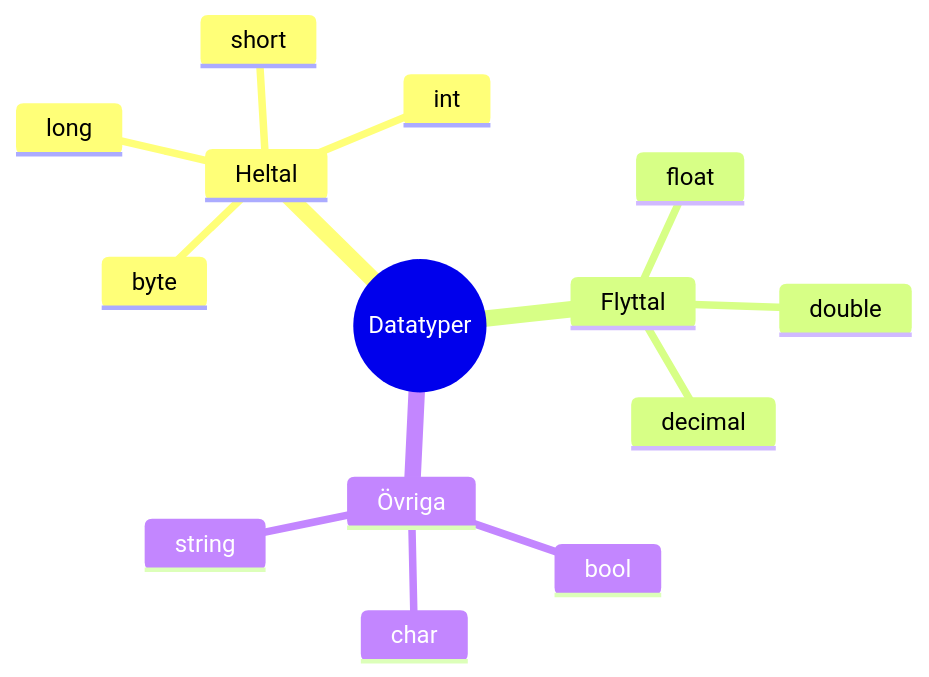
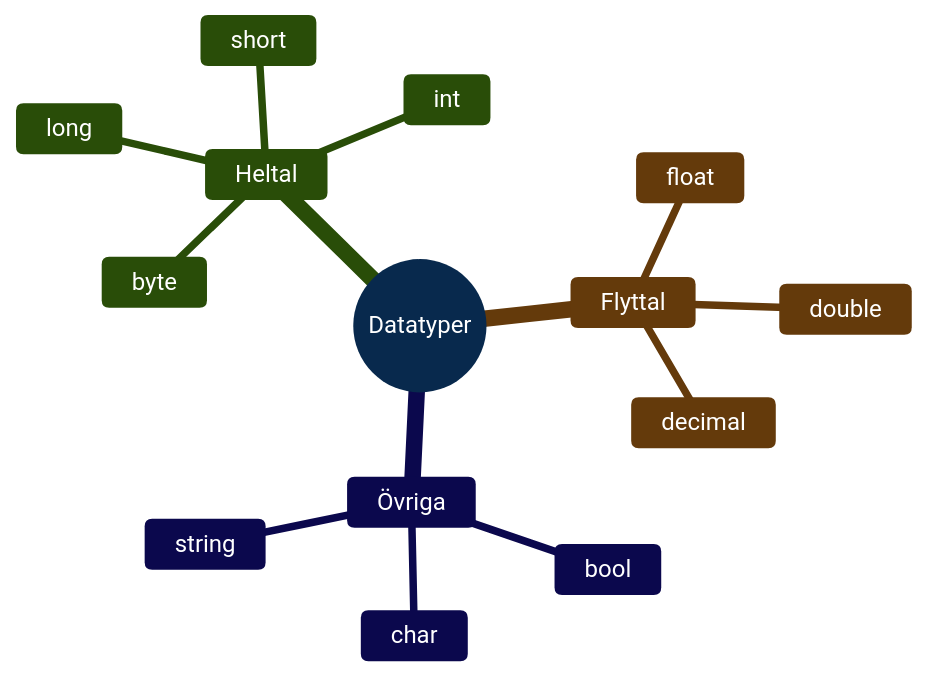
One commit to marcusjobb/YRGO-CLO26-HT26Kursmaterial changed the first of 3 diagrams in CLO26/kurs-01-grundlaggande-oop/01_verktyg_och_git/programmeringstermer/datatyper.md. Above: the diagram before and after it, drawn with Mermaid. The commit also changed other lines of this file and 388 other files, not shown here.

````diff
--- a/CLO26/kurs-01-grundlaggande-oop/01_verktyg_och_git/programmeringstermer/datatyper.md
+++ b/CLO26/kurs-01-grundlaggande-oop/01_verktyg_och_git/programmeringstermer/datatyper.md
@@ -5,17 +5,18 @@
 ```mermaid
+%%{init: {'theme': 'base', 'themeVariables': {'primaryColor': '#1565c0', 'primaryTextColor': '#fff', 'primaryBorderColor': '#0d47a1'}}}%%
 mindmap
   root((Datatyper))
     Heltal
       byte
       short
       int
       long
     Flyttal
       float
       double
       decimal
     Övriga
       bool
       char
       string
 ```
````
